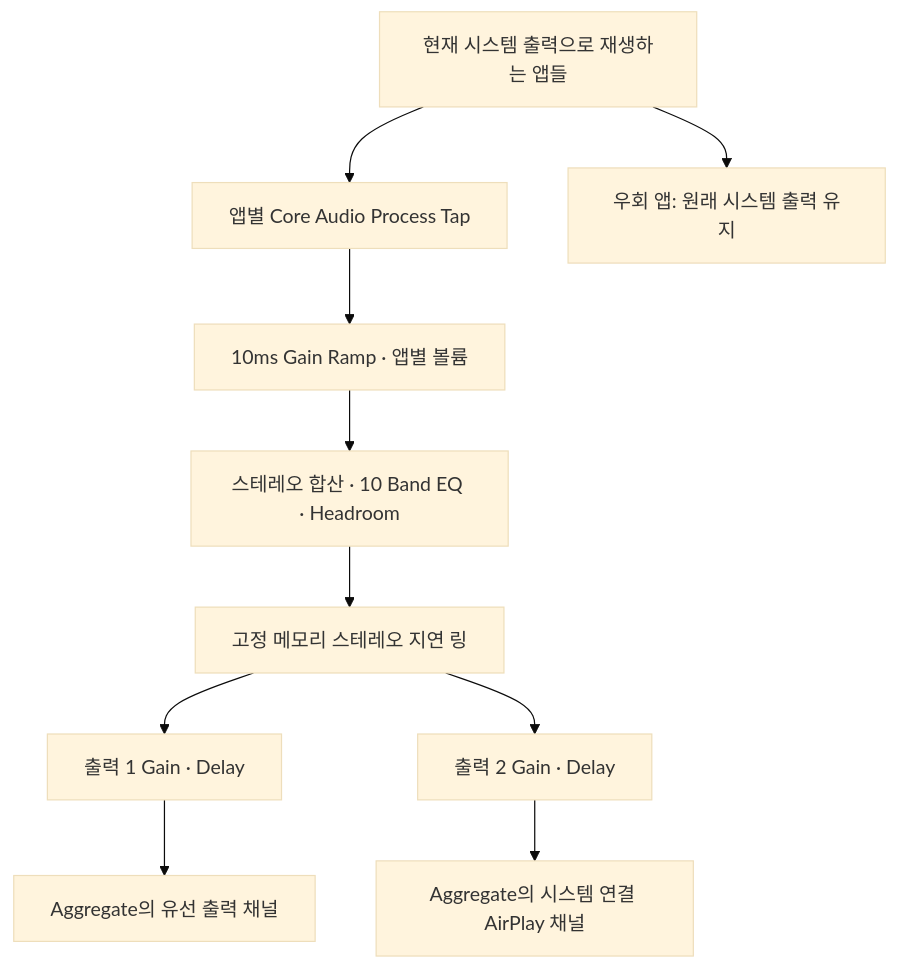
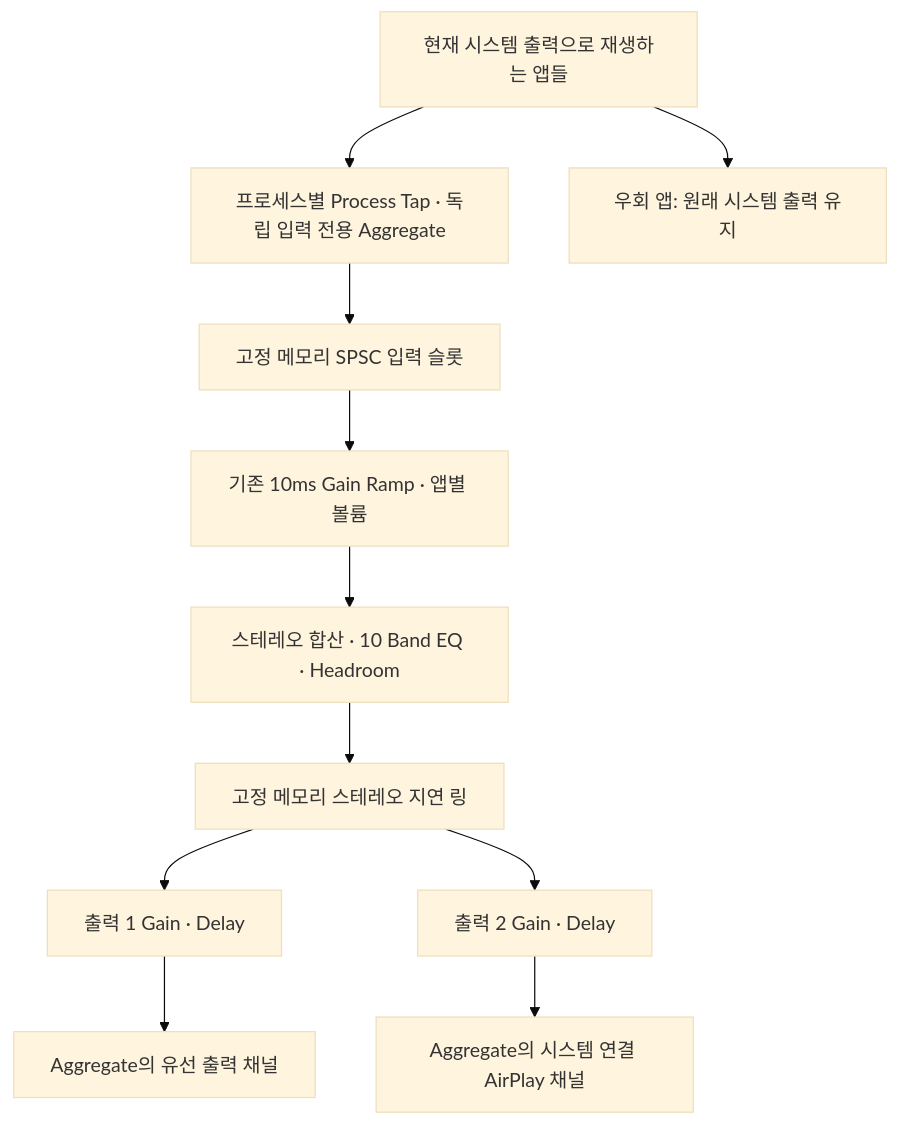
Before and after one commit to avanturation/vanille: the diagram in ARCHITECTURE.md, drawn with Mermaid (base theme). The commit also changed other lines of this file and 28 other files, not shown here.

Commit message:
Keep audio output continuous across notifications and process changes

````diff
--- a/ARCHITECTURE.md
+++ b/ARCHITECTURE.md
@@ -9,12 +9,13 @@
 ```mermaid
 flowchart TD
-    A[현재 시스템 출력으로 재생하는 앱들] --> B[앱별 Core Audio Process Tap]
-    B --> C[10ms Gain Ramp · 앱별 볼륨]
+    A[현재 시스템 출력으로 재생하는 앱들] --> B[프로세스별 Process Tap · 독립 입력 전용 Aggregate]
+    B --> Q[고정 메모리 SPSC 입력 슬롯]
+    Q --> C[기존 10ms Gain Ramp · 앱별 볼륨]
     C --> D[스테레오 합산 · 10 Band EQ · Headroom]
     D --> E[고정 메모리 스테레오 지연 링]
     E --> F[출력 1 Gain · Delay]
     E --> G[출력 2 Gain · Delay]
     F --> H[Aggregate의 유선 출력 채널]
     G --> I[Aggregate의 시스템 연결 AirPlay 채널]
     A --> J[우회 앱: 원래 시스템 출력 유지]
 ```
````
